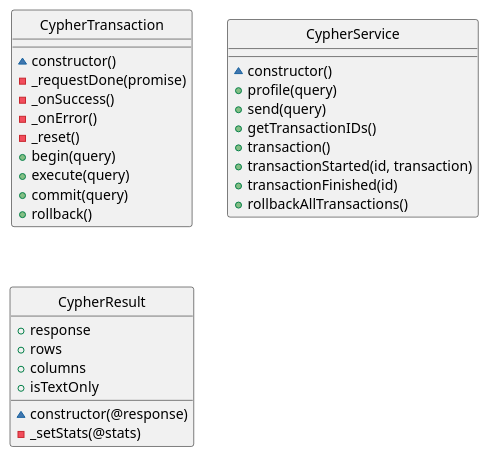
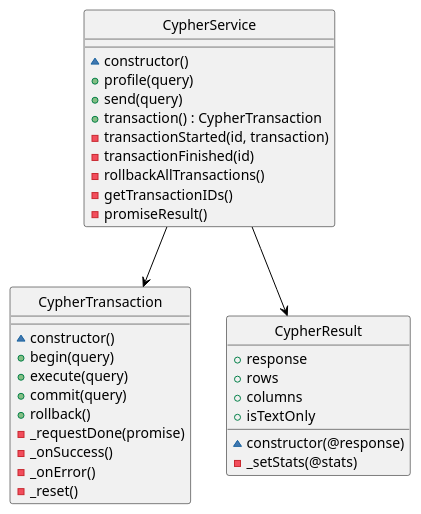
The diagram in doc/neo4j-cypher.puml (isleon/neo4j-browser), drawn with PlantUML before and after one commit. The commit also changed 1 other file, not shown here.

```diff
--- a/doc/neo4j-cypher.puml
+++ b/doc/neo4j-cypher.puml
@@ -1,43 +1,48 @@
 @startuml
 
 'skinparam monochrome true
 'skinparam classBackgroundColor White
 skinparam classArrowColor Black
 skinparam classBorderColor Black
 skinparam stereotypeCBackgroundColor Gray
 'hide members
 hide circle
 
+class CypherService {
+    ~constructor()
+    +profile(query)
+    +send(query)
+    +transaction() : CypherTransaction
+    -transactionStarted(id, transaction)
+    -transactionFinished(id)
+    -rollbackAllTransactions()
+    -getTransactionIDs()
+    -promiseResult()
+}
+
 class CypherTransaction {
     ~constructor()
+    +begin(query)
+    +execute(query)
+    +commit(query)
+    +rollback()
     -_requestDone(promise)
     -_onSuccess()
     -_onError()
     -_reset()
-    +begin(query)
-    +execute(query)
-    +commit(query)
-    +rollback()
-}
-
-class CypherService {
-    ~constructor()
-    +profile(query)
-    +send(query)
-    +getTransactionIDs()
-    +transaction()
-    +transactionStarted(id, transaction)
-    +transactionFinished(id)
-    +rollbackAllTransactions()
 }
 
 class CypherResult {
     ~constructor(@response)
     +response
     +rows
     +columns
     +isTextOnly
     -_setStats(@stats)
 }
 
+CypherService --> CypherTransaction
+CypherService --> CypherResult
+'CypherTransaction --> CypherResult
+
 @enduml
```
